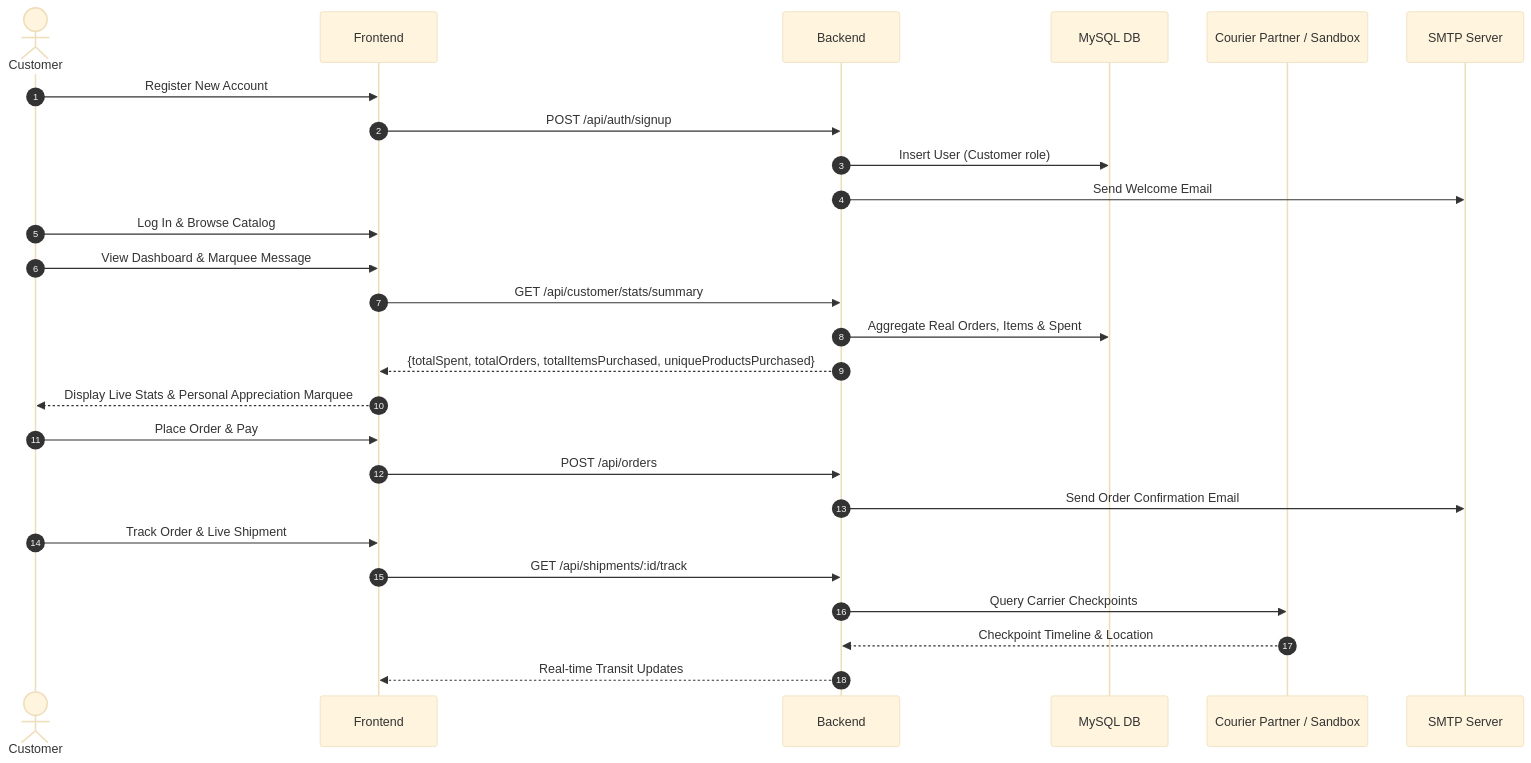
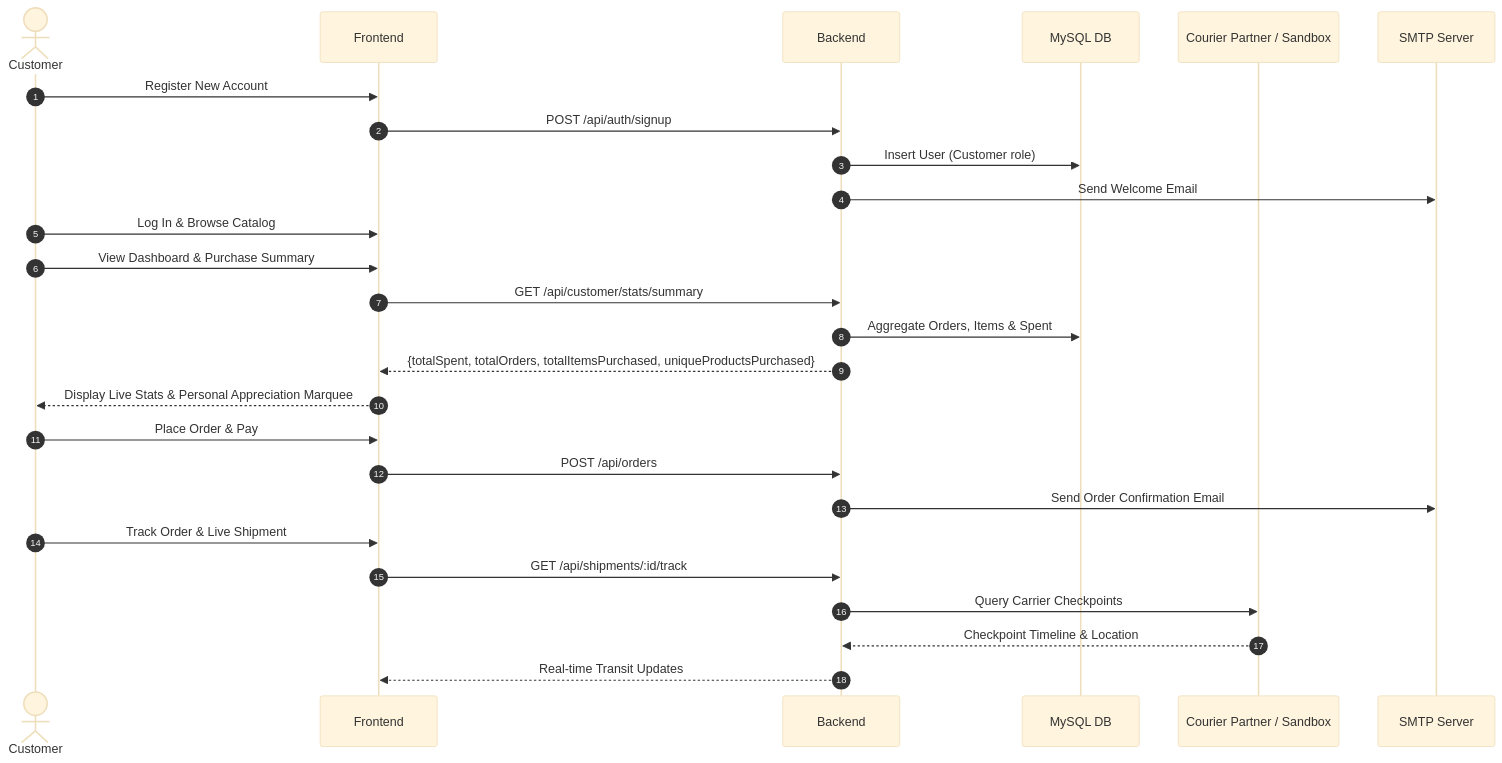
The second of 2 diagrams in DOCUMENTATION.md (gautamm-singhh/retail-mart), drawn with Mermaid (base theme) before and after one commit. The commit also changed other lines of this file and 3 other files, not shown here.

````diff
--- a/DOCUMENTATION.md
+++ b/DOCUMENTATION.md
@@ -79,29 +77,29 @@
 ```mermaid
 sequenceDiagram
     autonumber
     actor Customer
     participant Frontend
     participant Backend
     participant DB as MySQL DB
     participant Carrier as Courier Partner / Sandbox
     participant SMTP as SMTP Server
 
     Customer->>Frontend: Register New Account
     Frontend->>Backend: POST /api/auth/signup
     Backend->>DB: Insert User (Customer role)
     Backend->>SMTP: Send Welcome Email
     Customer->>Frontend: Log In & Browse Catalog
-    Customer->>Frontend: View Dashboard & Marquee Message
+    Customer->>Frontend: View Dashboard & Purchase Summary
     Frontend->>Backend: GET /api/customer/stats/summary
-    Backend->>DB: Aggregate Real Orders, Items & Spent
+    Backend->>DB: Aggregate Orders, Items & Spent
     Backend-->>Frontend: {totalSpent, totalOrders, totalItemsPurchased, uniqueProductsPurchased}
     Frontend-->>Customer: Display Live Stats & Personal Appreciation Marquee
     Customer->>Frontend: Place Order & Pay
     Frontend->>Backend: POST /api/orders
     Backend->>SMTP: Send Order Confirmation Email
     Customer->>Frontend: Track Order & Live Shipment
     Frontend->>Backend: GET /api/shipments/:id/track
     Backend->>Carrier: Query Carrier Checkpoints
     Carrier-->>Backend: Checkpoint Timeline & Location
     Backend-->>Frontend: Real-time Transit Updates
 ```
````
